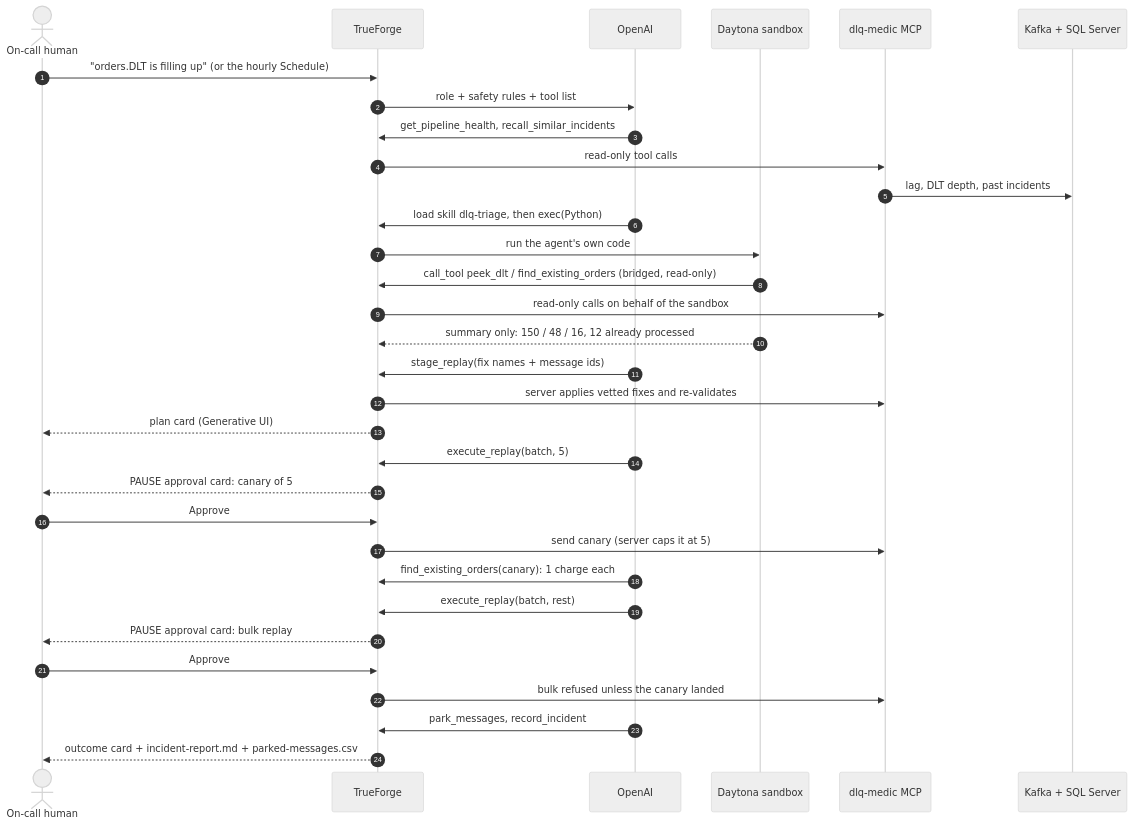
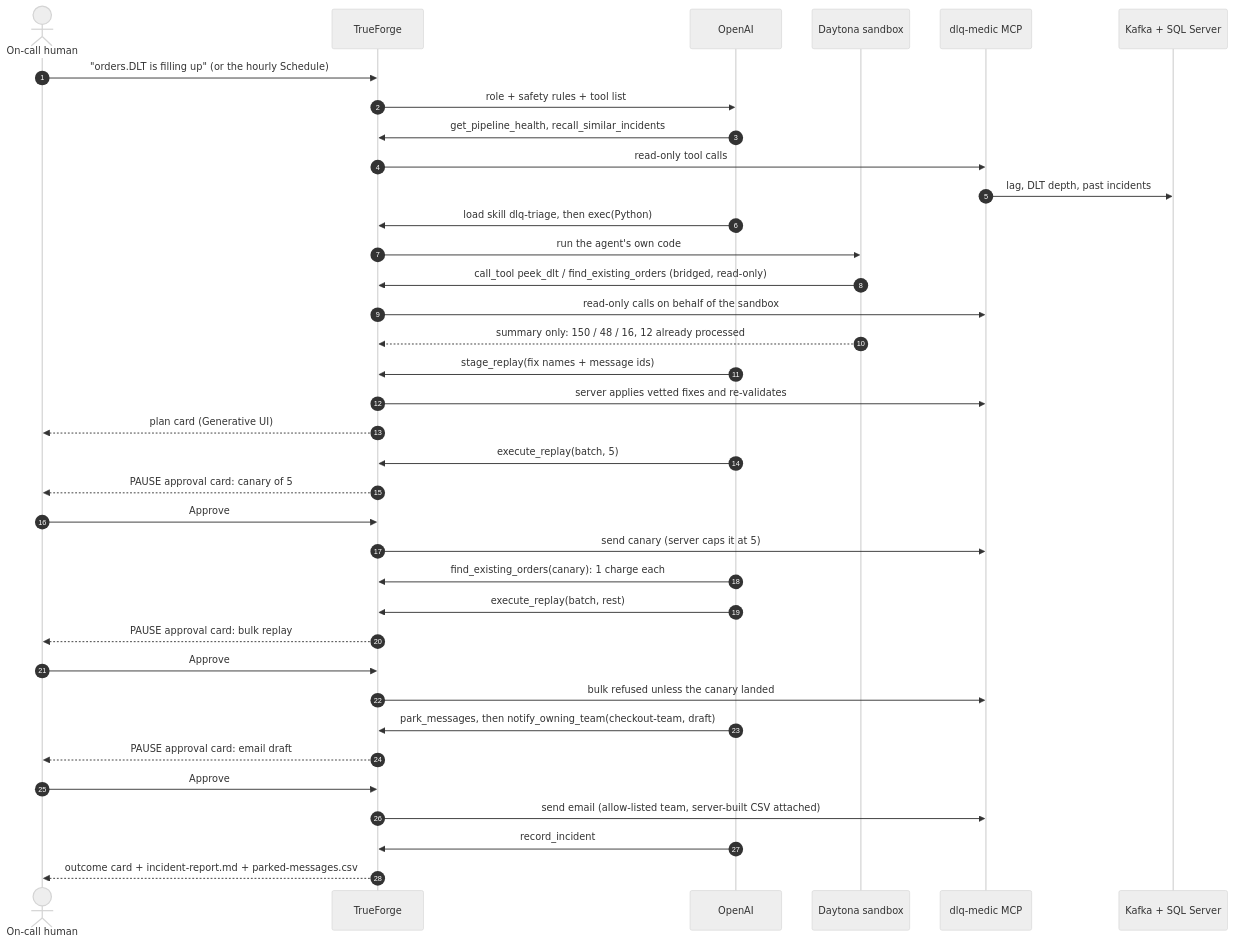
Before and after one commit to akash-yadagouda/dlq-medic: the second of 2 diagrams in README.md, drawn with Mermaid (neutral theme). The commit also changed other lines of this file and 11 other files, not shown here.

First line of the commit message:
Email the owning team, only after a human approves the draft

````diff
--- a/README.md
+++ b/README.md
@@ -113,35 +116,39 @@
 ```mermaid
 sequenceDiagram
     autonumber
     actor Human as On-call human
     participant TF as TrueForge
     participant LLM as OpenAI
     participant SB as Daytona sandbox
     participant MCP as dlq-medic MCP
     participant SYS as Kafka + SQL Server
 
     Human->>TF: "orders.DLT is filling up" (or the hourly Schedule)
     TF->>LLM: role + safety rules + tool list
     LLM->>TF: get_pipeline_health, recall_similar_incidents
     TF->>MCP: read-only tool calls
     MCP->>SYS: lag, DLT depth, past incidents
     LLM->>TF: load skill dlq-triage, then exec(Python)
     TF->>SB: run the agent's own code
     SB->>TF: call_tool peek_dlt / find_existing_orders (bridged, read-only)
     TF->>MCP: read-only calls on behalf of the sandbox
     SB-->>TF: summary only: 150 / 48 / 16, 12 already processed
     LLM->>TF: stage_replay(fix names + message ids)
     TF->>MCP: server applies vetted fixes and re-validates
     TF-->>Human: plan card (Generative UI)
     LLM->>TF: execute_replay(batch, 5)
     TF-->>Human: PAUSE approval card: canary of 5
     Human->>TF: Approve
     TF->>MCP: send canary (server caps it at 5)
     LLM->>TF: find_existing_orders(canary): 1 charge each
     LLM->>TF: execute_replay(batch, rest)
     TF-->>Human: PAUSE approval card: bulk replay
     Human->>TF: Approve
     TF->>MCP: bulk refused unless the canary landed
-    LLM->>TF: park_messages, record_incident
+    LLM->>TF: park_messages, then notify_owning_team(checkout-team, draft)
+    TF-->>Human: PAUSE approval card: email draft
+    Human->>TF: Approve
+    TF->>MCP: send email (allow-listed team, server-built CSV attached)
+    LLM->>TF: record_incident
     TF-->>Human: outcome card + incident-report.md + parked-messages.csv
 ```
````
